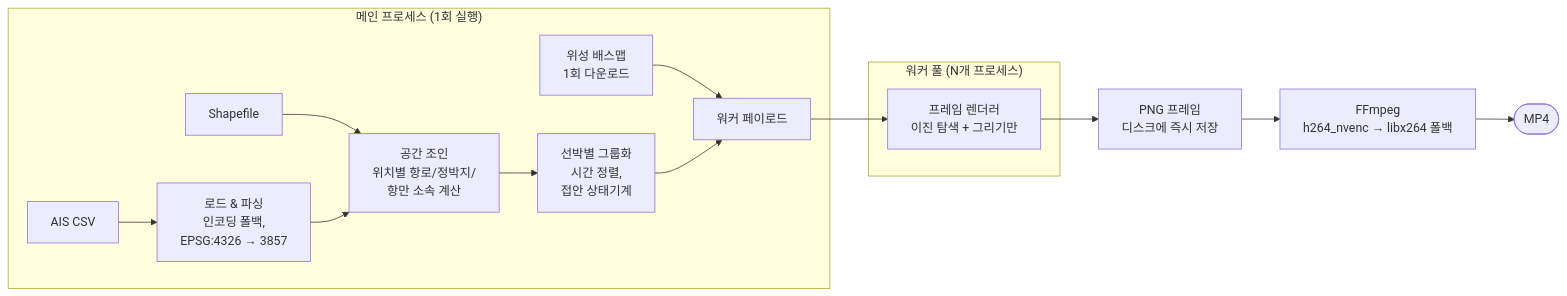
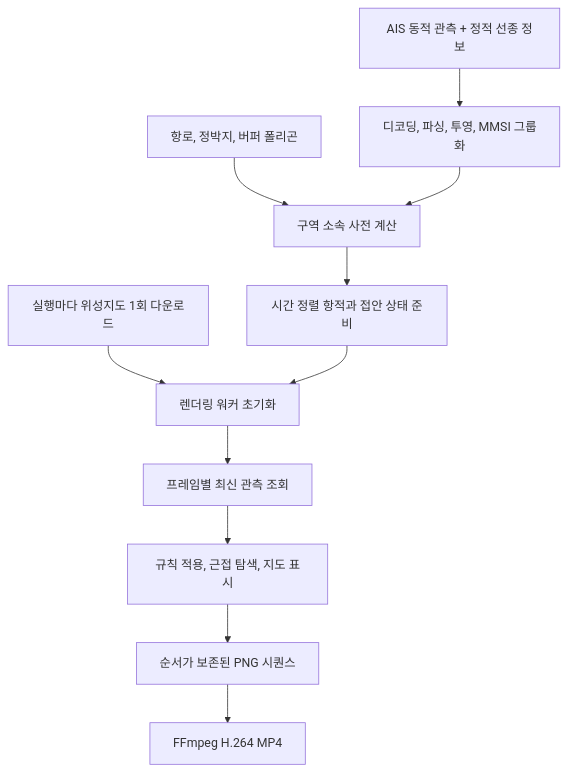
The diagram in README.ko.md (fortranmentis/Busan-AIS-ship-behavior-analysis), drawn with Mermaid before and after one commit. The commit also changed other lines of this file, not shown here.

````diff
--- a/README.ko.md
+++ b/README.ko.md
@@ -111,17 +170,13 @@
 ```mermaid
-flowchart LR
-    subgraph main["메인 프로세스 (1회 실행)"]
-        A[AIS CSV] --> B["로드 & 파싱<br/>인코딩 폴백,<br/>EPSG:4326 → 3857"]
-        S[Shapefile] --> C["공간 조인<br/>위치별 항로/정박지/<br/>항만 소속 계산"]
-        B --> C
-        C --> D["선박별 그룹화<br/>시간 정렬,<br/>접안 상태기계"]
-        E["위성 배스맵<br/>1회 다운로드"] --> F
-        D --> F["워커 페이로드"]
-    end
-    subgraph pool["워커 풀 (N개 프로세스)"]
-        F --> G["프레임 렌더러<br/>이진 탐색 + 그리기만"]
-    end
-    G --> H["PNG 프레임<br/>디스크에 즉시 저장"]
-    H --> I["FFmpeg<br/>h264_nvenc → libx264 폴백"]
-    I --> J([MP4])
+flowchart TD
+    A["AIS 동적 관측 + 정적 선종 정보"] --> C["디코딩, 파싱, 투영, MMSI 그룹화"]
+    B["항로, 정박지, 버퍼 폴리곤"] --> D["구역 소속 사전 계산"]
+    C --> D
+    D --> E["시간 정렬 항적과 접안 상태 준비"]
+    F["실행마다 위성지도 1회 다운로드"] --> G["렌더링 워커 초기화"]
+    E --> G
+    G --> H["프레임별 최신 관측 조회"]
+    H --> I["규칙 적용, 근접 탐색, 지도 표시"]
+    I --> J["순서가 보존된 PNG 시퀀스"]
+    J --> K["FFmpeg H.264 MP4"]
 ```
````
